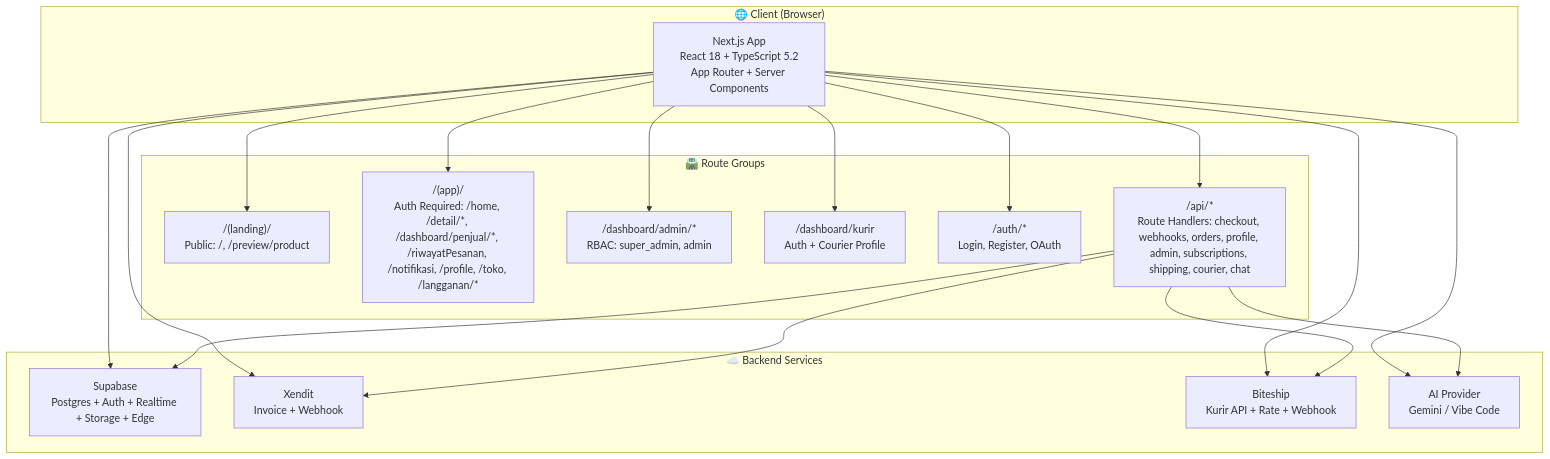
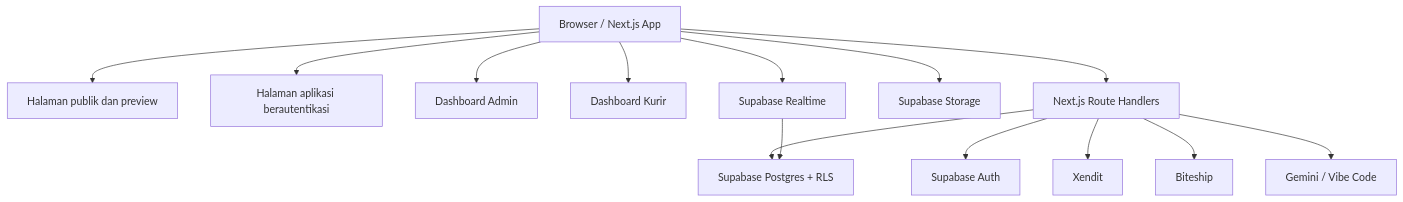
The diagram in README.md (FaletehanAlF/Rebites), drawn with Mermaid before and after one commit. The commit also changed other lines of this file, not shown here.

````diff
--- a/README.md
+++ b/README.md
@@ -217,37 +243,30 @@
 ```mermaid
-graph TB
-    subgraph Client["🌐 Client (Browser)"]
-        A["Next.js App<br/>React 18 + TypeScript 5.2<br/>App Router + Server Components"]
-    end
+flowchart TB
+    Browser["Browser / Next.js App"]
+    Public["Halaman publik dan preview"]
+    App["Halaman aplikasi berautentikasi"]
+    Admin["Dashboard Admin"]
+    Courier["Dashboard Kurir"]
+    API["Next.js Route Handlers"]
+    DB["Supabase Postgres + RLS"]
+    Auth["Supabase Auth"]
+    Storage["Supabase Storage"]
+    Realtime["Supabase Realtime"]
+    Xendit["Xendit"]
+    Biteship["Biteship"]
+    AI["Gemini / Vibe Code"]
 
-    subgraph Backend["☁️ Backend Services"]
-        B["Supabase<br/>Postgres + Auth + Realtime + Storage + Edge"]
-        C["Xendit<br/>Invoice + Webhook"]
-        D["Biteship<br/>Kurir API + Rate + Webhook"]
-        E["AI Provider<br/>Gemini / Vibe Code"]
-    end
-
-    subgraph Routes["🛣️ Route Groups"]
-        F["/(landing)/<br/>Public: /, /preview/product"]
-        G["/(app)/<br/>Auth Required: /home, /detail/*, /dashboard/penjual/*, /riwayatPesanan, /notifikasi, /profile, /toko, /langganan/*"]
-        H["/dashboard/admin/*<br/>RBAC: super_admin, admin"]
-        I["/dashboard/kurir<br/>Auth + Courier Profile"]
-        J["/auth/*<br/>Login, Register, OAuth"]
-        K["/api/*<br/>Route Handlers: checkout, webhooks, orders, profile, admin, subscriptions, shipping, courier, chat"]
-    end
-
-    A --> B
-    A --> C
-    A --> D
-    A --> E
-    A --> F
-    A --> G
-    A --> H
-    A --> I
-    A --> J
-    A --> K
-    K --> B
-    K --> C
-    K --> D
-    K --> E
+    Browser --> Public
+    Browser --> App
+    Browser --> Admin
+    Browser --> Courier
+    Browser --> API
+    API --> DB
+    API --> Auth
+    API --> Xendit
+    API --> Biteship
+    API --> AI
+    Browser --> Storage
+    Browser --> Realtime
+    Realtime --> DB
 ```
````
